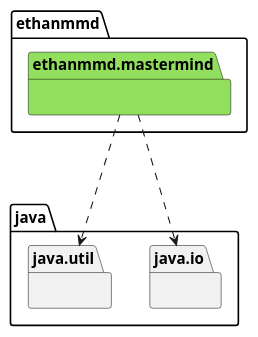
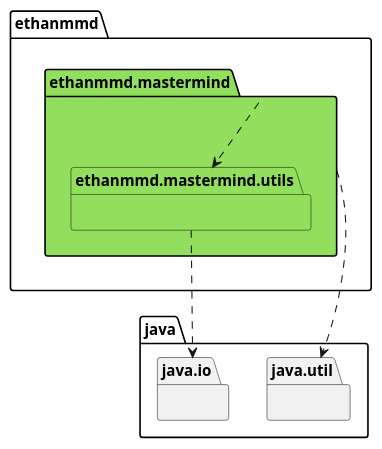
One commit to ethanmmd/mastermind changed the diagram in docs/architecture.puml. Above: the diagram before and after it, drawn with PlantUML. The commit also changed 7 other files, not shown here.

```diff
--- a/docs/architecture.puml
+++ b/docs/architecture.puml
@@ -1,9 +1,11 @@
 @startuml
 
-package ethanmmd.mastermind #91DF5C { }
-package java.util{ }
-package java.io{ }
+package ethanmmd.mastermind #91DF5C{}
+package ethanmmd.mastermind.utils #91DF5C{}
+package java.util{}
+package java.io{}
 
-ethanmmd.mastermind ...> java.util
-ethanmmd.mastermind ...> java.io
+ethanmmd.mastermind ..> ethanmmd.mastermind.utils
+ethanmmd.mastermind ..> java.util
+ethanmmd.mastermind.utils ..> java.io
 @enduml
```
